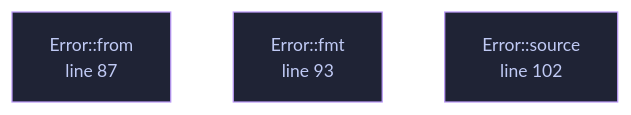
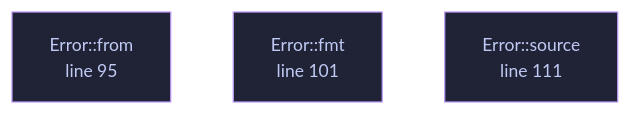
The diagram in docs/files/veilvoice-video/lib.md (tilas01/veilvoice), drawn with Mermaid before and after one commit. The commit also changed other lines of this file and 51 other files, not shown here.

````diff
--- a/docs/files/veilvoice-video/lib.md
+++ b/docs/files/veilvoice-video/lib.md
@@ -100,12 +100,12 @@
 ```mermaid
 %%{init: {"theme":"base","themeVariables":{"background":"#1a1b26","primaryColor":"#1f2335","primaryTextColor":"#c0caf5","primaryBorderColor":"#7aa2f7","secondaryColor":"#16161e","tertiaryColor":"#16161e","lineColor":"#737aa2","textColor":"#c0caf5","mainBkg":"#1f2335","nodeBorder":"#7aa2f7","clusterBkg":"#16161e","clusterBorder":"#2f3549","fontFamily":"ui-monospace, SFMono-Regular, Consolas, monospace","fontSize":"14px"}}}%%
 flowchart TD
-    n_from["Error::from<br/>line 87"]
-    n_fmt["Error::fmt<br/>line 93"]
-    n_source["Error::source<br/>line 102"]
-    click n_from href "https://github.com/tilas01/veilvoice/blob/main/crates/veilvoice-video/src/lib.rs#L87" "open the source"
-    click n_fmt href "https://github.com/tilas01/veilvoice/blob/main/crates/veilvoice-video/src/lib.rs#L93" "open the source"
-    click n_source href "https://github.com/tilas01/veilvoice/blob/main/crates/veilvoice-video/src/lib.rs#L102" "open the source"
+    n_from["Error::from<br/>line 95"]
+    n_fmt["Error::fmt<br/>line 101"]
+    n_source["Error::source<br/>line 111"]
+    click n_from href "https://github.com/tilas01/veilvoice/blob/main/crates/veilvoice-video/src/lib.rs#L95" "open the source"
+    click n_fmt href "https://github.com/tilas01/veilvoice/blob/main/crates/veilvoice-video/src/lib.rs#L101" "open the source"
+    click n_source href "https://github.com/tilas01/veilvoice/blob/main/crates/veilvoice-video/src/lib.rs#L111" "open the source"
     classDef helper fill:#1f2335,stroke:#bb9af7,color:#c0caf5
     class n_from,n_fmt,n_source helper
 ```
````
